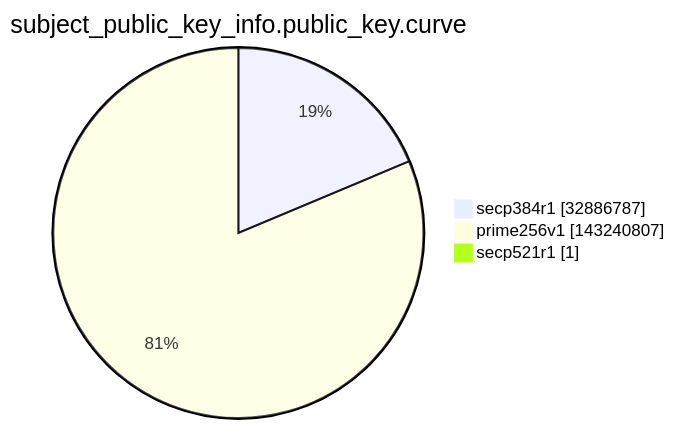
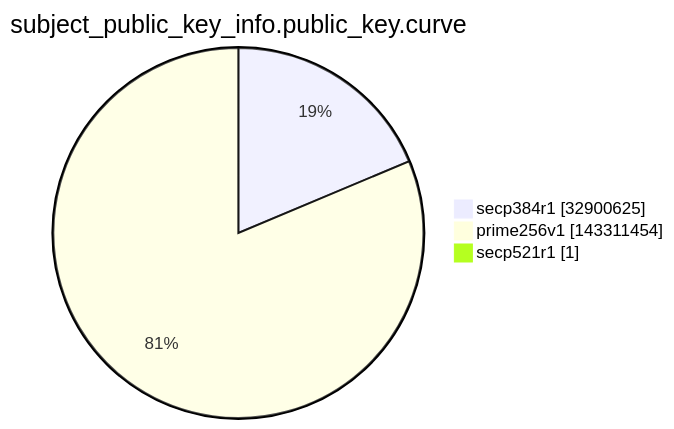
Before and after one commit to christiankrug/ctmonitor_visualization: the ninth of 15 diagrams in argon2022/README.md, drawn with Mermaid. The commit also changed other lines of this file, not shown here.

````diff
--- a/argon2022/README.md
+++ b/argon2022/README.md
@@ -2764,7 +2764,7 @@
 ```mermaid
 pie showData
 title subject_public_key_info.public_key.curve
-"secp384r1" :32886787
-"prime256v1" :143240807
+"secp384r1" :32900625
+"prime256v1" :143311454
 "secp521r1" :1
 ```
````
